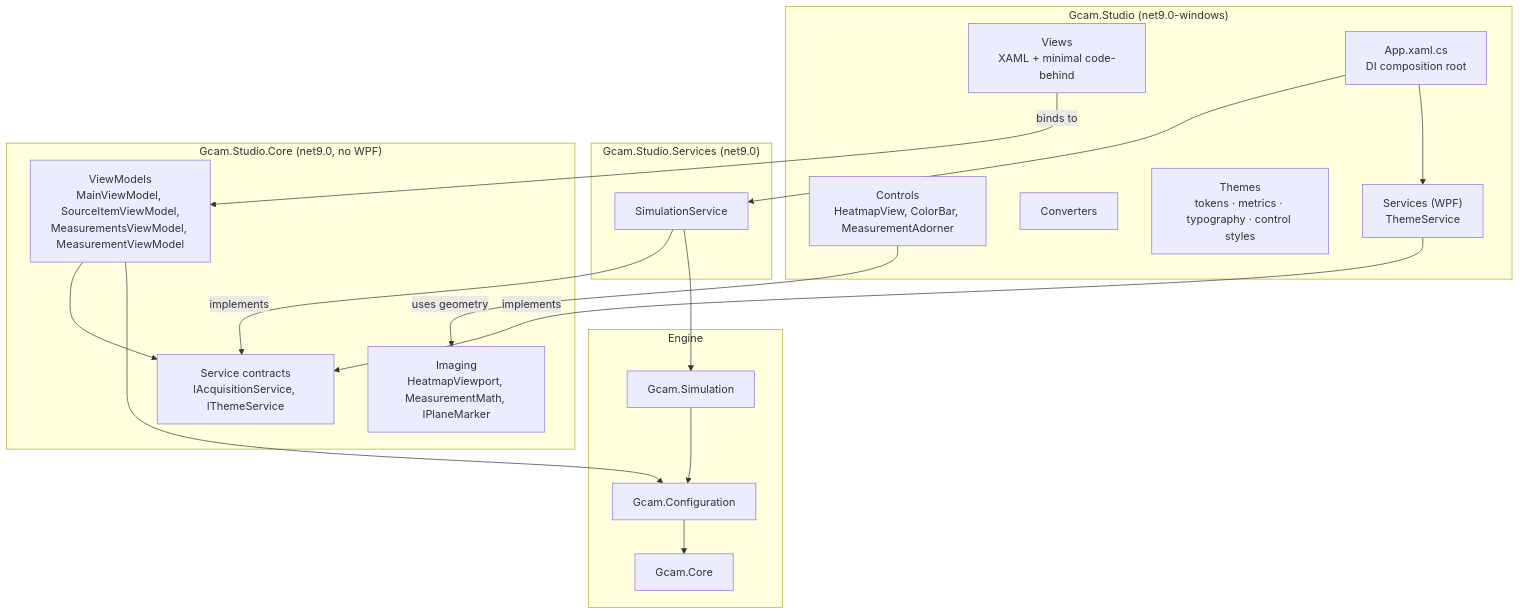
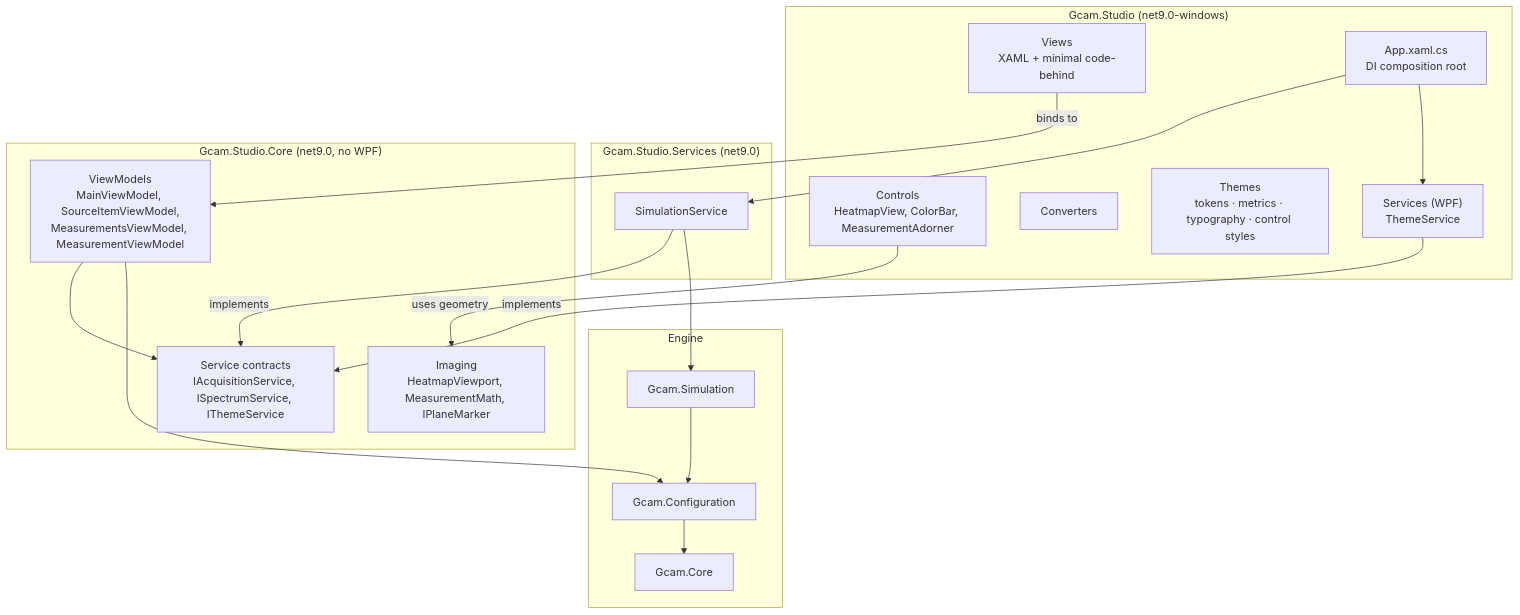
Before and after one commit to Jwlee-IL/G-CAM-Simulator: the first of 2 diagrams in docs/DESIGN.Architecture.md, drawn with Mermaid. The commit also changed other lines of this file and 39 other files, not shown here.

````diff
--- a/docs/DESIGN.Architecture.md
+++ b/docs/DESIGN.Architecture.md
@@ -16,35 +16,35 @@
 ```mermaid
 flowchart TB
     subgraph WPF["Gcam.Studio (net9.0-windows)"]
         Views["Views<br/>XAML + minimal code-behind"]
         Controls["Controls<br/>HeatmapView, ColorBar, MeasurementAdorner"]
         Conv["Converters"]
         Themes["Themes<br/>tokens · metrics · typography · control styles"]
         WpfSvc["Services (WPF)<br/>ThemeService"]
         Root["App.xaml.cs<br/>DI composition root"]
     end
     subgraph SVC["Gcam.Studio.Services (net9.0)"]
         SimSvc["SimulationService"]
     end
     subgraph CORE["Gcam.Studio.Core (net9.0, no WPF)"]
         VM["ViewModels<br/>MainViewModel, SourceItemViewModel,<br/>MeasurementsViewModel, MeasurementViewModel"]
-        Contracts["Service contracts<br/>IAcquisitionService, IThemeService"]
+        Contracts["Service contracts<br/>IAcquisitionService, ISpectrumService, IThemeService"]
         Geo["Imaging<br/>HeatmapViewport, MeasurementMath, IPlaneMarker"]
     end
     subgraph ENGINE["Engine"]
         Sim["Gcam.Simulation"]
         Cfg["Gcam.Configuration"]
         C["Gcam.Core"]
     end
 
     Views -- binds to --> VM
     Controls -- uses geometry --> Geo
     WpfSvc -- implements --> Contracts
     SimSvc -- implements --> Contracts
     Root --> SimSvc
     Root --> WpfSvc
     VM --> Contracts
     SimSvc --> Sim
     VM --> Cfg
     Sim --> Cfg --> C
 ```
````
